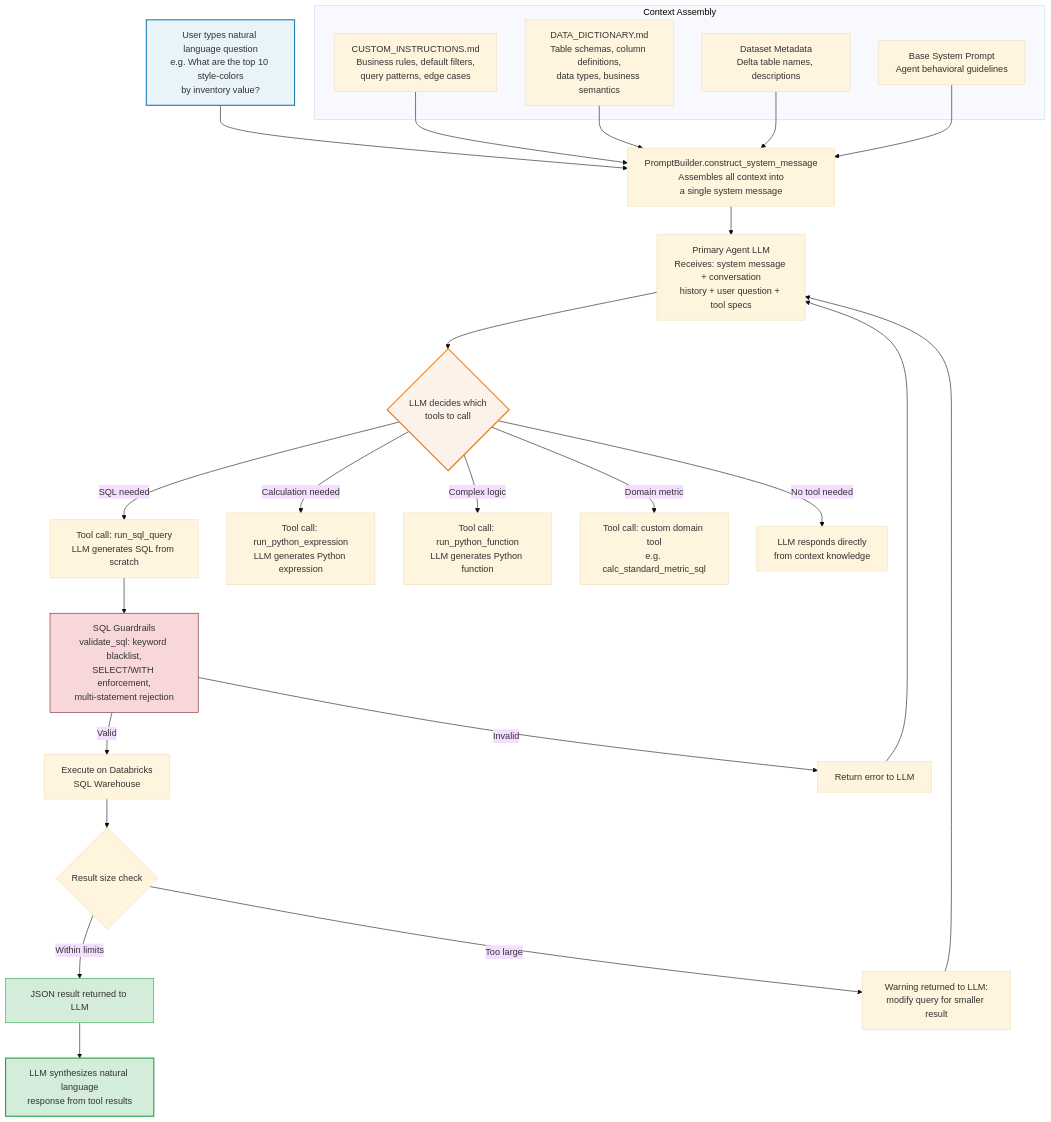
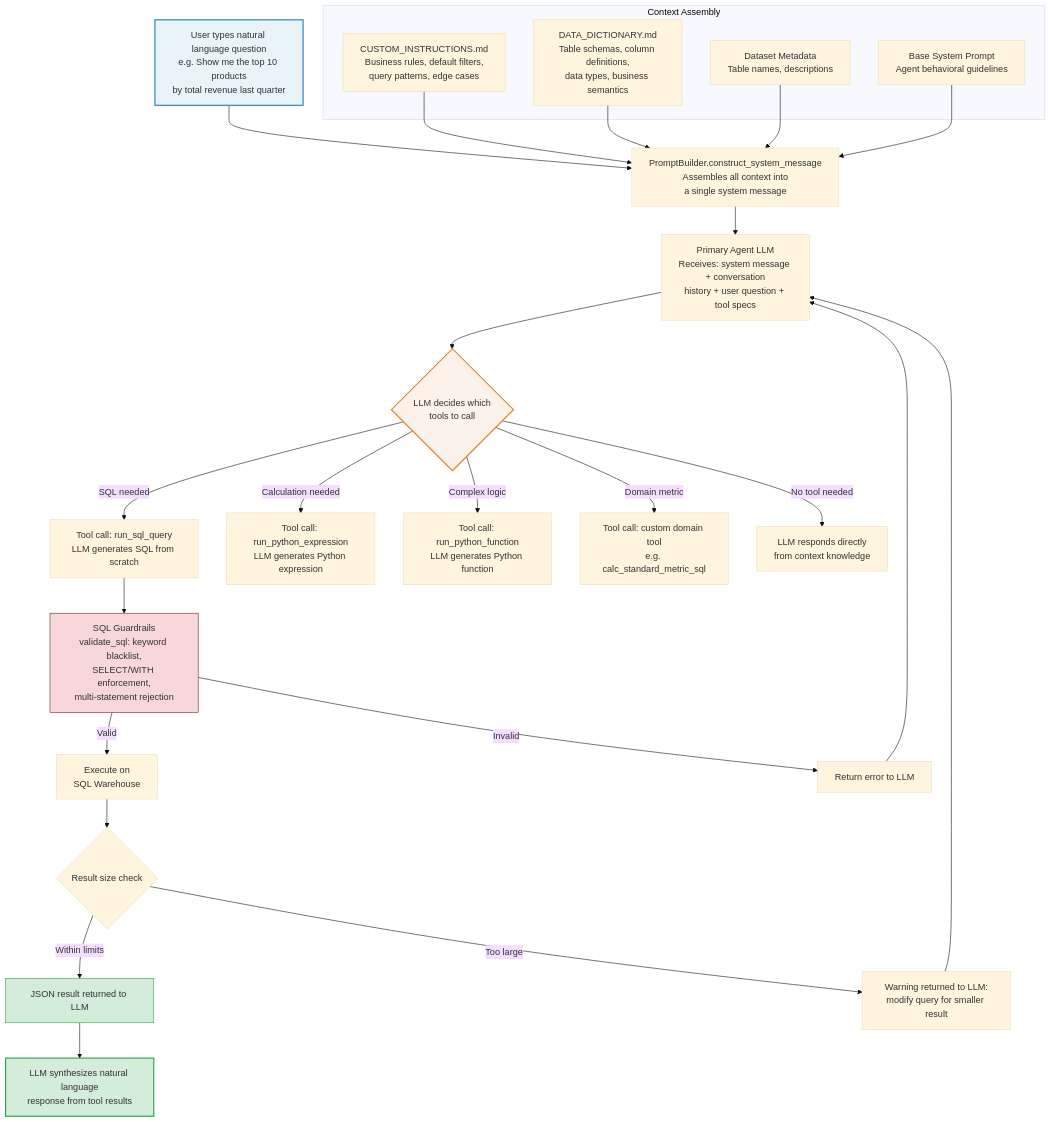
One commit to dimitarpg13/agentic_architectures_and_design_patterns changed the diagram in notebooks/actor-critic/user_input.md. Above: the diagram before and after it, drawn with Mermaid (base theme). The commit also changed other lines of this file, not shown here.

Commit message:
update user input md

````diff
--- a/notebooks/actor-critic/user_input.md
+++ b/notebooks/actor-critic/user_input.md
@@ -5,49 +5,49 @@
 ```mermaid
 flowchart TD
-    U["User types natural language question<br/>e.g. What are the top 10 style-colors<br/>by inventory value?"]
+    U["User types natural language question<br/>e.g. Show me the top 10 products<br/>by total revenue last quarter"]
 
     subgraph ContextAssembly["Context Assembly"]
         CI["CUSTOM_INSTRUCTIONS.md<br/>Business rules, default filters,<br/>query patterns, edge cases"]
         DD["DATA_DICTIONARY.md<br/>Table schemas, column definitions,<br/>data types, business semantics"]
-        META["Dataset Metadata<br/>Delta table names, descriptions"]
+        META["Dataset Metadata<br/>Table names, descriptions"]
         BP["Base System Prompt<br/>Agent behavioral guidelines"]
     end
 
     PB["PromptBuilder.construct_system_message<br/>Assembles all context into<br/>a single system message"]
 
     LLM["Primary Agent LLM<br/>Receives: system message + conversation<br/>history + user question + tool specs"]
 
     DECIDE{"LLM decides which<br/>tools to call"}
 
     DECIDE -->|SQL needed| SQL_TC["Tool call: run_sql_query<br/>LLM generates SQL from scratch"]
     DECIDE -->|Calculation needed| PY_TC["Tool call: run_python_expression<br/>LLM generates Python expression"]
     DECIDE -->|Complex logic| FN_TC["Tool call: run_python_function<br/>LLM generates Python function"]
     DECIDE -->|Domain metric| CUSTOM_TC["Tool call: custom domain tool<br/>e.g. calc_standard_metric_sql"]
     DECIDE -->|No tool needed| DIRECT["LLM responds directly<br/>from context knowledge"]
 
     SQL_TC --> VALIDATE["SQL Guardrails<br/>validate_sql: keyword blacklist,<br/>SELECT/WITH enforcement,<br/>multi-statement rejection"]
-    VALIDATE -->|Valid| EXEC["Execute on Databricks<br/>SQL Warehouse"]
+    VALIDATE -->|Valid| EXEC["Execute on<br/>SQL Warehouse"]
     VALIDATE -->|Invalid| REJECT["Return error to LLM"]
 
     EXEC --> SIZE{"Result size check"}
     SIZE -->|Within limits| RESULT["JSON result returned to LLM"]
     SIZE -->|Too large| TRUNCWARN["Warning returned to LLM:<br/>modify query for smaller result"]
 
     RESULT --> RESPONSE["LLM synthesizes natural language<br/>response from tool results"]
     REJECT --> LLM
     TRUNCWARN --> LLM
 
     U --> PB
     CI --> PB
     DD --> PB
     META --> PB
     BP --> PB
     PB --> LLM
     LLM --> DECIDE
 
     style U fill:#e8f4f8,stroke:#2980b9,stroke-width:2px
     style DECIDE fill:#fdf2e9,stroke:#e67e22,stroke-width:2px
     style VALIDATE fill:#f8d7da,stroke:#721c24
     style RESULT fill:#d4edda,stroke:#28a745
     style RESPONSE fill:#d4edda,stroke:#28a745,stroke-width:2px
 ```
````
